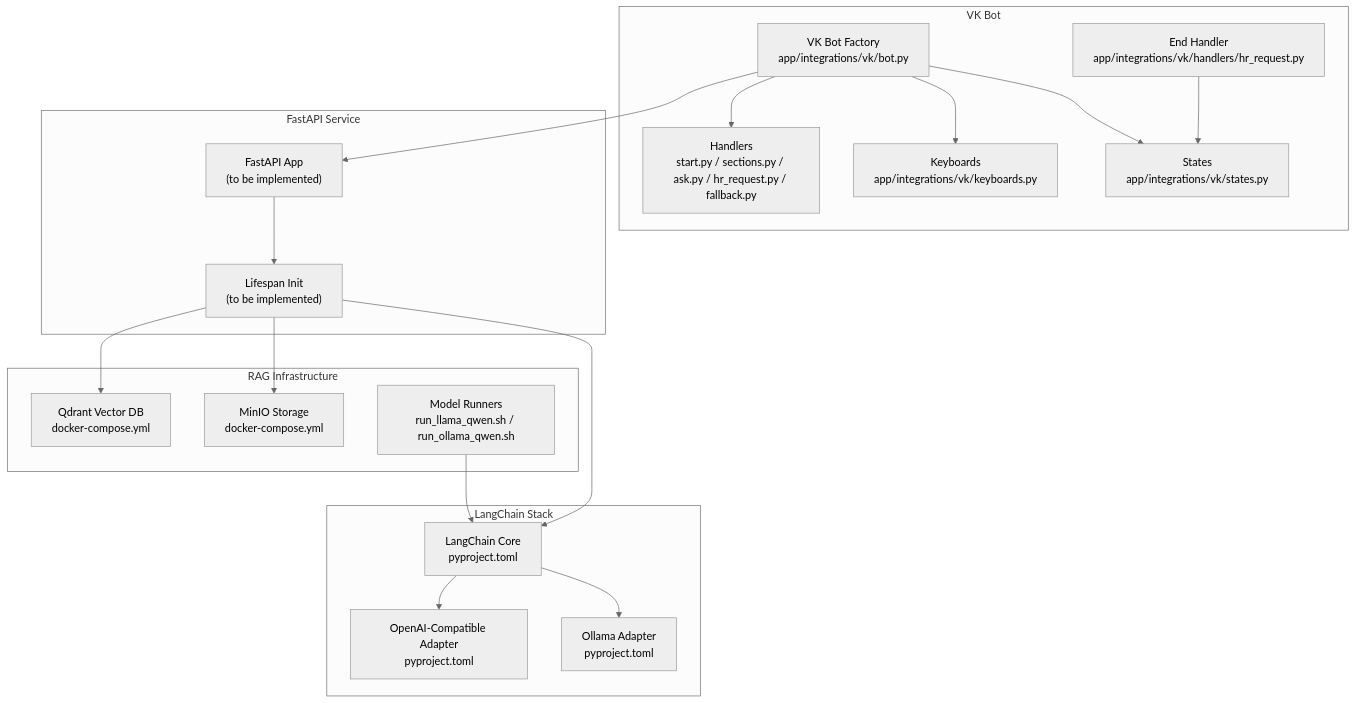
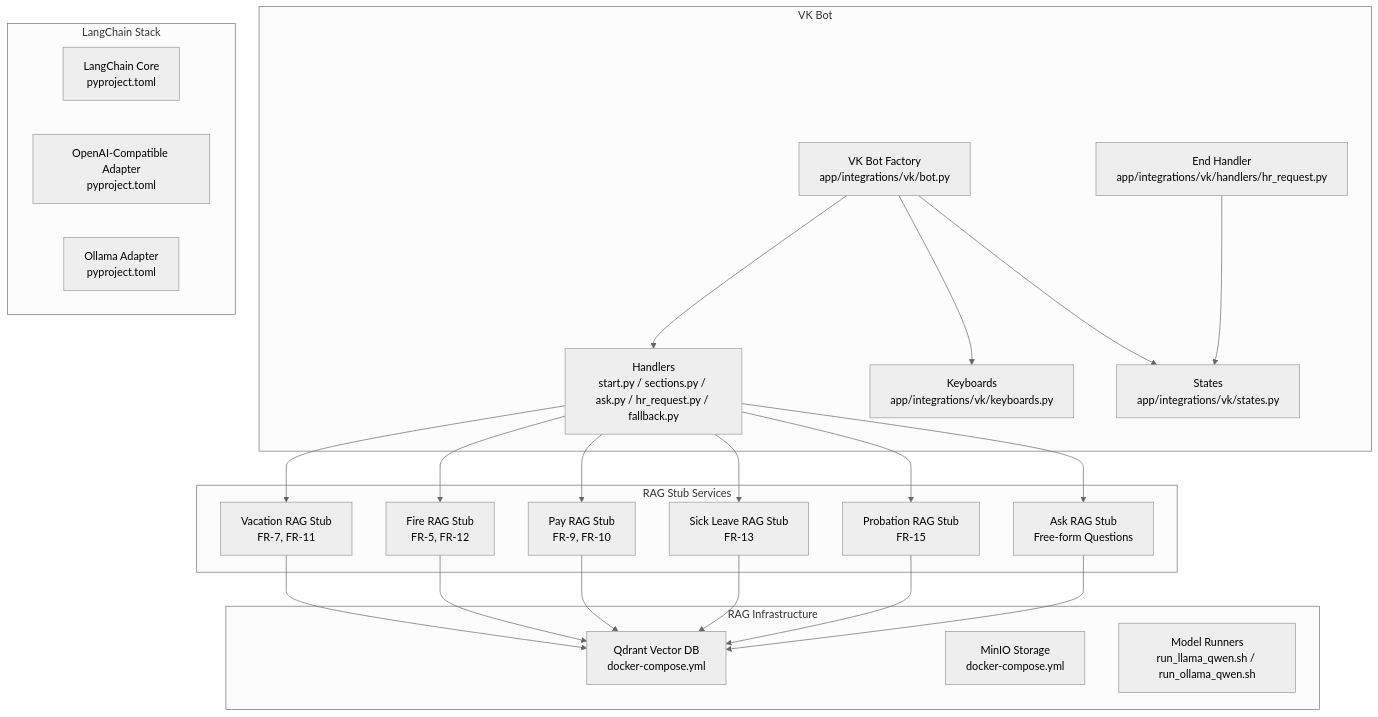
One commit to ognelis/cafetera_hr_bot changed the first of 13 diagrams in .qoder/repowiki/en/content/RAG Integration.md. Above: the diagram before and after it, drawn with Mermaid (neutral theme). The commit also changed other lines of this file and 14 other files, not shown here.

````diff
--- a/.qoder/repowiki/en/content/RAG Integration.md
+++ b/.qoder/repowiki/en/content/RAG Integration.md
@@ -54,36 +58,44 @@
 ```mermaid
 graph TB
 subgraph "VK Bot"
 VKBot["VK Bot Factory<br/>app/integrations/vk/bot.py"]
 Handlers["Handlers<br/>start.py / sections.py / ask.py / hr_request.py / fallback.py"]
 Keyboards["Keyboards<br/>app/integrations/vk/keyboards.py"]
 States["States<br/>app/integrations/vk/states.py"]
 EndHandler["End Handler<br/>app/integrations/vk/handlers/hr_request.py"]
 EndHandler --> States
-end
-subgraph "FastAPI Service"
-FastAPI["FastAPI App<br/>(to be implemented)"]
-Lifespan["Lifespan Init<br/>(to be implemented)"]
 end
 subgraph "RAG Infrastructure"
 Qdrant["Qdrant Vector DB<br/>docker-compose.yml"]
 MinIO["MinIO Storage<br/>docker-compose.yml"]
 Scripts["Model Runners<br/>run_llama_qwen.sh / run_ollama_qwen.sh"]
 end
 subgraph "LangChain Stack"
 LC["LangChain Core<br/>pyproject.toml"]
 LCOAI["OpenAI-Compatible Adapter<br/>pyproject.toml"]
 LCOla["Ollama Adapter<br/>pyproject.toml"]
 end
+subgraph "RAG Stub Services"
+VacationStub["Vacation RAG Stub<br/>FR-7, FR-11"]
+FireStub["Fire RAG Stub<br/>FR-5, FR-12"]
+PayStub["Pay RAG Stub<br/>FR-9, FR-10"]
+SickStub["Sick Leave RAG Stub<br/>FR-13"]
+ProbationStub["Probation RAG Stub<br/>FR-15"]
+AskStub["Ask RAG Stub<br/>Free-form Questions"]
+end
 VKBot --> Handlers
 VKBot --> Keyboards
 VKBot --> States
-VKBot --> FastAPI
-FastAPI --> Lifespan
-Lifespan --> Qdrant
-Lifespan --> MinIO
-Lifespan --> LC
-LC --> LCOAI
-LC --> LCOla
-Scripts --> LC
+Handlers --> VacationStub
+Handlers --> FireStub
+Handlers --> PayStub
+Handlers --> SickStub
+Handlers --> ProbationStub
+Handlers --> AskStub
+VacationStub --> Qdrant
+FireStub --> Qdrant
+PayStub --> Qdrant
+SickStub --> Qdrant
+ProbationStub --> Qdrant
+AskStub --> Qdrant
 ```
````
